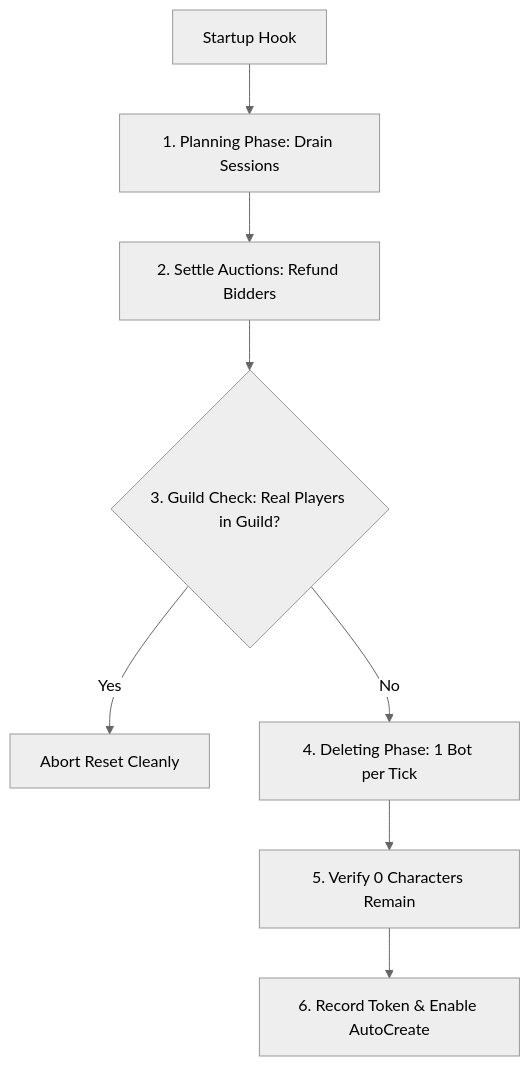
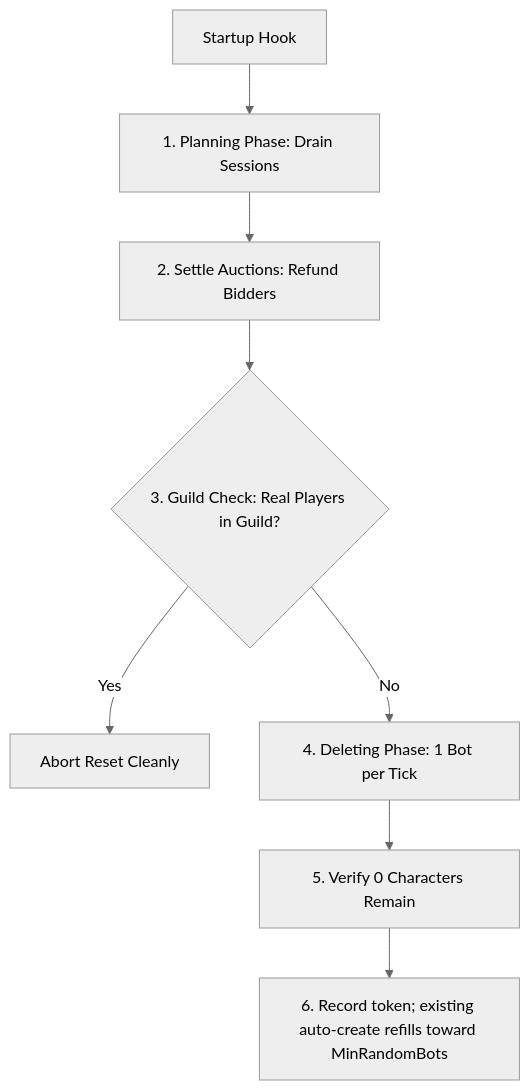
Before and after one commit to 11Marlowe/TortoiseBots: the diagram in docs/server/bot-pool.md, drawn with Mermaid (neutral theme). The commit also changed other lines of this file and 25 other files, not shown here.

````diff
--- a/docs/server/bot-pool.md
+++ b/docs/server/bot-pool.md
@@ -108,10 +100,10 @@
 ```mermaid
 flowchart TD
     Start["Startup Hook"] --> Plan["1. Planning Phase: Drain Sessions"]
     Plan --> Settle["2. Settle Auctions: Refund Bidders"]
     Settle --> CheckGuilds{"3. Guild Check: Real Players in Guild?"}
     CheckGuilds -- Yes --> Abort["Abort Reset Cleanly"]
     CheckGuilds -- No --> Delete["4. Deleting Phase: 1 Bot per Tick"]
     Delete --> Verify["5. Verify 0 Characters Remain"]
-    Verify --> Record["6. Record Token & Enable AutoCreate"]
+    Verify --> Record["6. Record token; existing auto-create refills toward MinRandomBots"]
 ```
````
